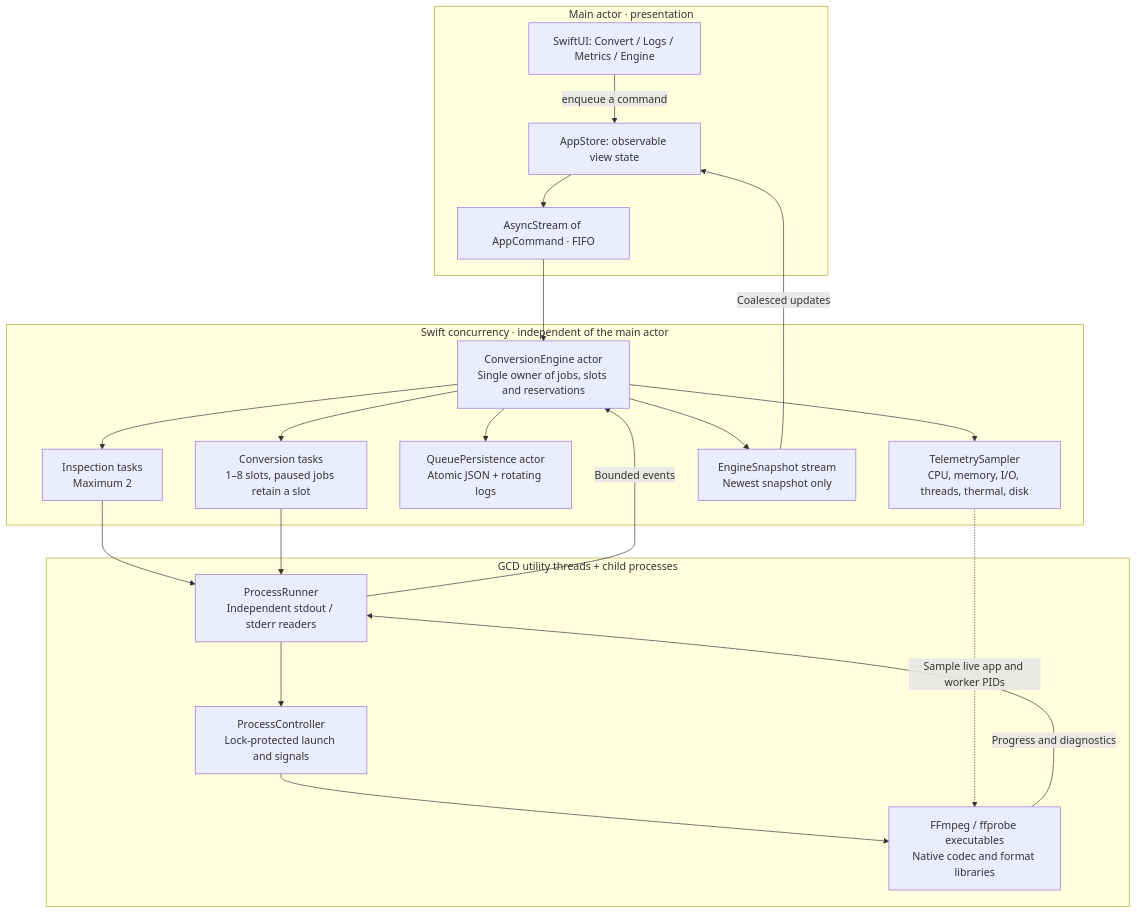
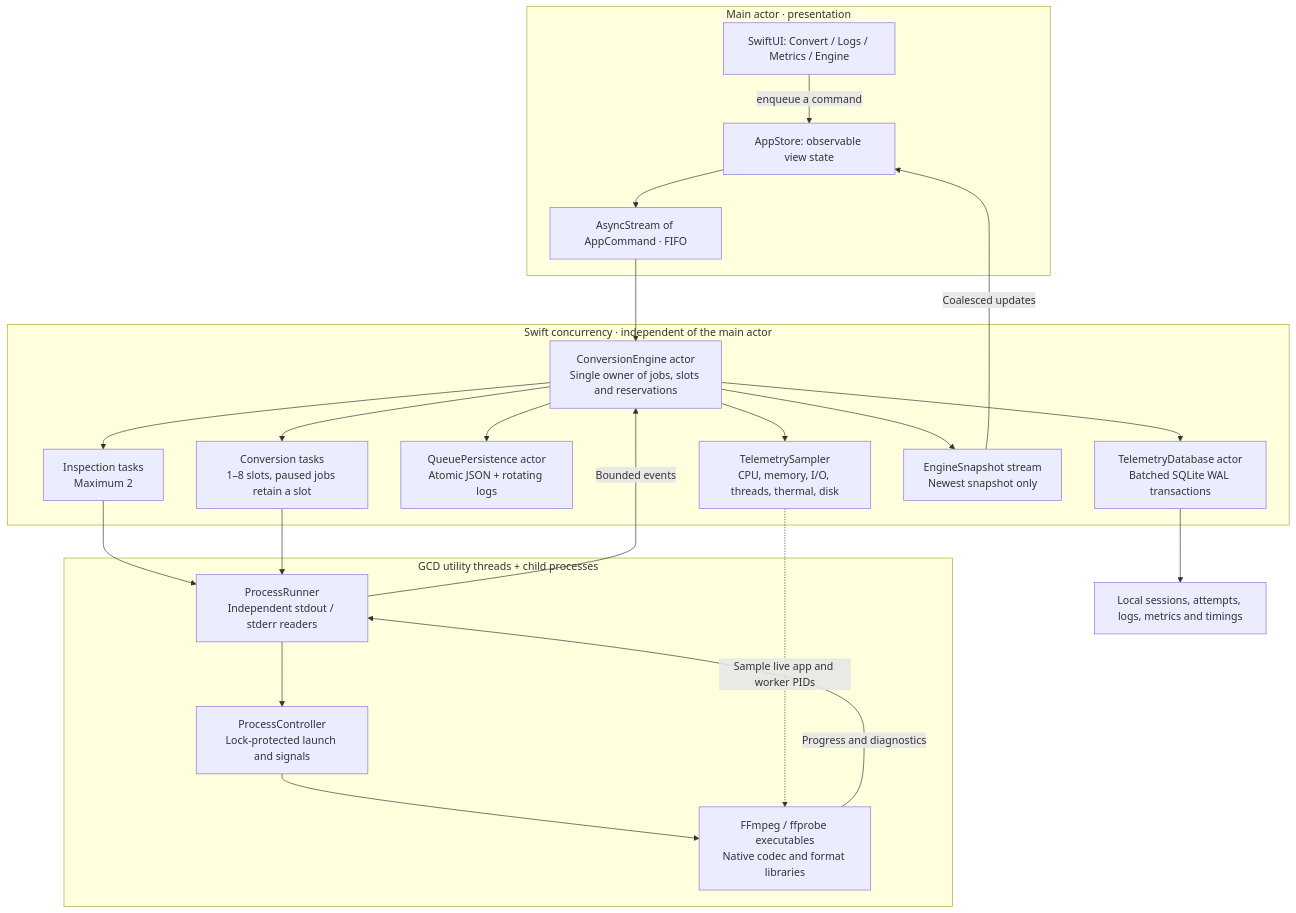
The first of 6 diagrams in Documentation/DIAGRAMS.md (giridharmb/VideoConverter), drawn with Mermaid before and after one commit. The commit also changed other lines of this file and 30 other files, not shown here.

Commit message:
Add SQLite telemetry and conversion stress benchmarks

````diff
--- a/Documentation/DIAGRAMS.md
+++ b/Documentation/DIAGRAMS.md
@@ -7,36 +7,39 @@
 ```mermaid
 flowchart TB
     subgraph UI["Main actor · presentation"]
         Views["SwiftUI: Convert / Logs / Metrics / Engine"]
         Store["AppStore: observable view state"]
         Commands["AsyncStream of AppCommand · FIFO"]
         Views -->|"enqueue a command"| Store
         Store --> Commands
     end
     subgraph Core["Swift concurrency · independent of the main actor"]
         Engine["ConversionEngine actor\nSingle owner of jobs, slots and reservations"]
         Probe["Inspection tasks\nMaximum 2"]
         Convert["Conversion tasks\n1–8 slots, paused jobs retain a slot"]
         Save["QueuePersistence actor\nAtomic JSON + rotating logs"]
+        SQL["TelemetryDatabase actor\nBatched SQLite WAL transactions"]
         Telemetry["TelemetrySampler\nCPU, memory, I/O, threads, thermal, disk"]
         Snapshots["EngineSnapshot stream\nNewest snapshot only"]
         Engine --> Probe
         Engine --> Convert
         Engine --> Save
+        Engine --> SQL
         Engine --> Telemetry
         Engine --> Snapshots
     end
     subgraph Workers["GCD utility threads + child processes"]
         Runner["ProcessRunner\nIndependent stdout / stderr readers"]
         Controller["ProcessController\nLock-protected launch and signals"]
         FFmpeg["FFmpeg / ffprobe executables\nNative codec and format libraries"]
         Runner --> Controller --> FFmpeg
     end
     Commands --> Engine
     Probe --> Runner
     Convert --> Runner
     FFmpeg -->|"Progress and diagnostics"| Runner
     Runner -->|"Bounded events"| Engine
     Snapshots -->|"Coalesced updates"| Store
+    SQL --> History["Local sessions, attempts, logs, metrics and timings"]
     Telemetry -.->|"Sample live app and worker PIDs"| FFmpeg
 ```
````
